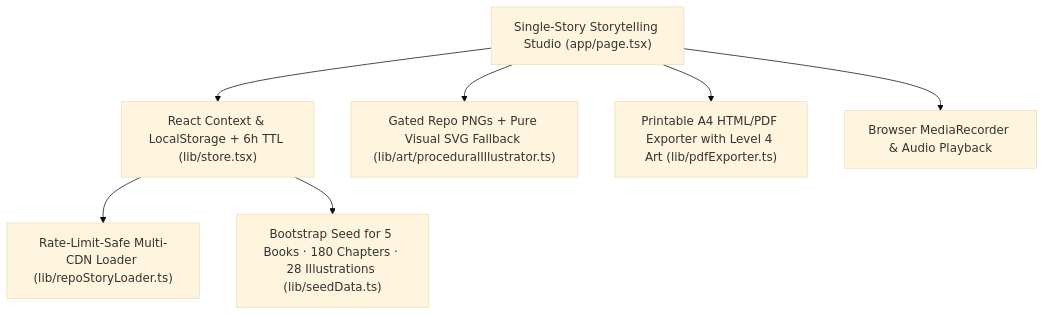
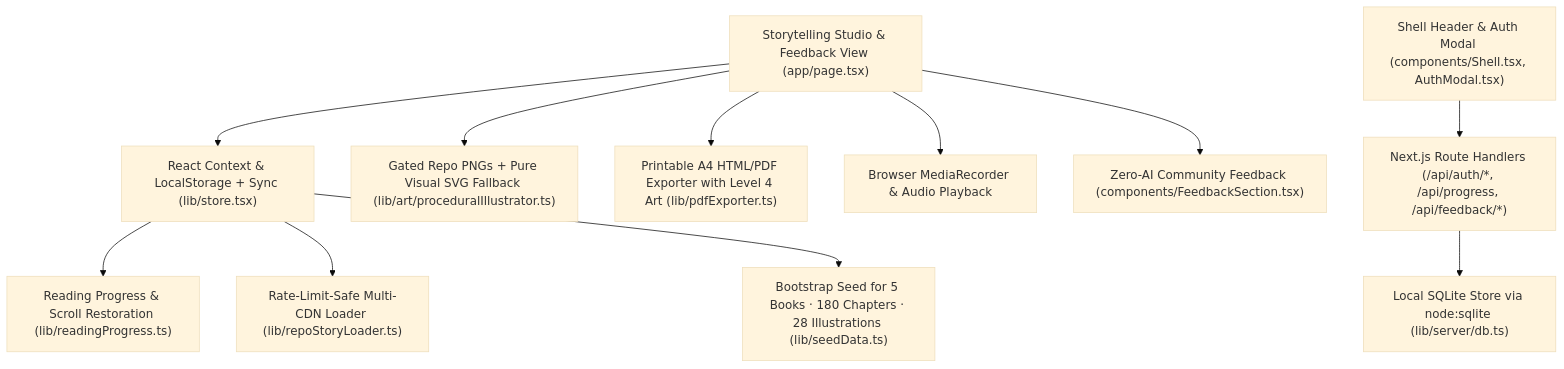
Before and after one commit to minhxuvi/ViWaldorf-harness: the diagram in harness/specs/01-architecture-overview.md, drawn with Mermaid (base theme). The commit also changed other lines of this file and 32 other files, not shown here.

First line of the commit message:
feat: implement reading progress management and user authentication

````diff
--- a/harness/specs/01-architecture-overview.md
+++ b/harness/specs/01-architecture-overview.md
@@ -14,9 +17,13 @@
 ```mermaid
 graph TD
-    UI["Single-Story Storytelling Studio (app/page.tsx)"] --> STORE["React Context & LocalStorage + 6h TTL (lib/store.tsx)"]
+    UI["Storytelling Studio & Feedback View (app/page.tsx)"] --> STORE["React Context & LocalStorage + Sync (lib/store.tsx)"]
+    STORE --> PROG["Reading Progress & Scroll Restoration (lib/readingProgress.ts)"]
     STORE --> LOADER["Rate-Limit-Safe Multi-CDN Loader (lib/repoStoryLoader.ts)"]
     STORE --> SEED["Bootstrap Seed for 5 Books · 180 Chapters · 28 Illustrations (lib/seedData.ts)"]
     UI --> ART["Gated Repo PNGs + Pure Visual SVG Fallback (lib/art/proceduralIllustrator.ts)"]
     UI --> PDF["Printable A4 HTML/PDF Exporter with Level 4 Art (lib/pdfExporter.ts)"]
     UI --> MIC["Browser MediaRecorder & Audio Playback"]
+    UI --> FB["Zero-AI Community Feedback (components/FeedbackSection.tsx)"]
+    HEADER["Shell Header & Auth Modal (components/Shell.tsx, AuthModal.tsx)"] --> AUTH_API["Next.js Route Handlers (/api/auth/*, /api/progress, /api/feedback/*)"]
+    AUTH_API --> SQLITE["Local SQLite Store via node:sqlite (lib/server/db.ts)"]
 ```
````
